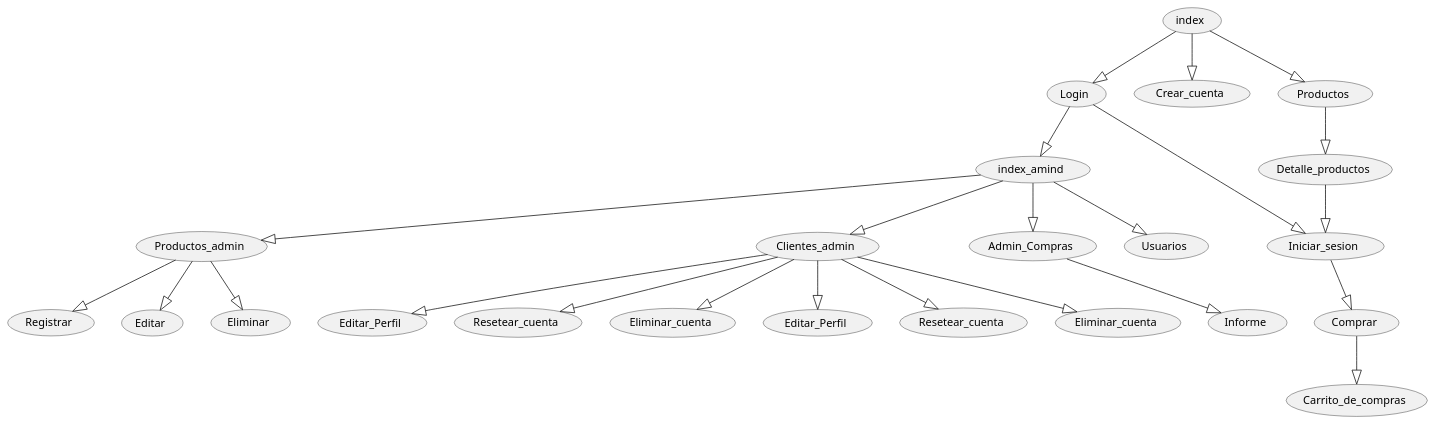
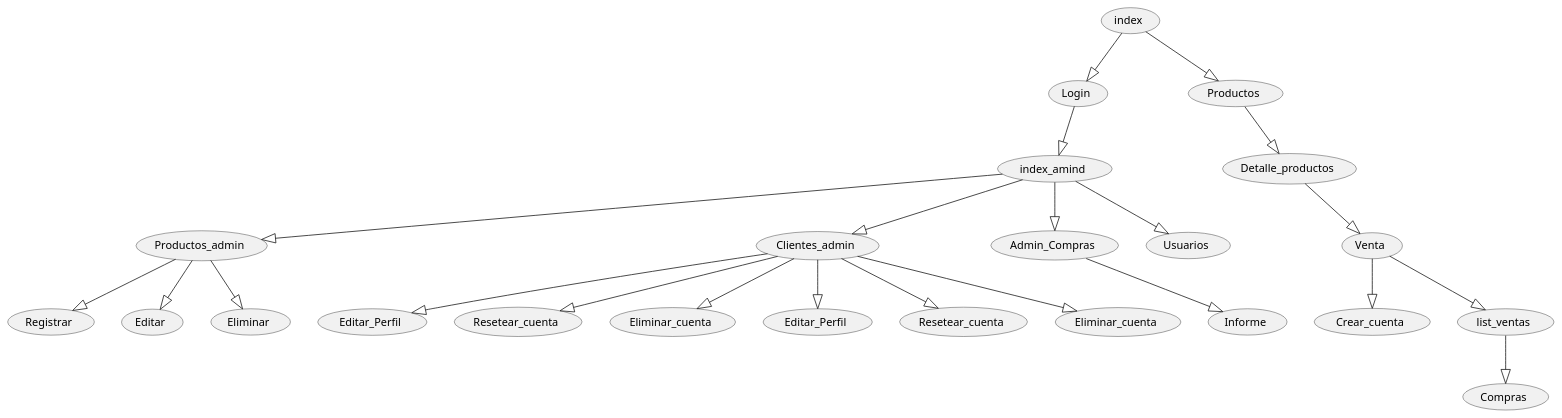
One commit to equipode/Tu_casa_ciclista changed the diagram in Mapasdenavegación/paginas.wsd. Above: the diagram before and after it, drawn with PlantUML. The commit also changed 1 other file, not shown here.

```diff
--- a/Mapasdenavegación/paginas.wsd
+++ b/Mapasdenavegación/paginas.wsd
@@ -1,68 +1,65 @@
 @startuml mapa
 (Login) as (log)
 
 (Crear_cuenta) as (Use)
 
 (Productos) as (prod)
 (Detalle_productos) as (det)
+ (Venta) as (vent) 
+(list_ventas) as (list_vent) 
 
-(Comprar) as (car)
-(Carrito_de_compras) as (carr_c)
+(Compras) as (car)
 
 (index_amind) as (log1)
-(Iniciar_sesion) as (log2)
-
 
 (index) --|> (log)
-(index) --|> (Use)
 (index) --|> (prod)
 
 (log) --|> (log1)
-(log) --|> (log2)
 
 (prod) --|> (det)
-(det) --|> (log2)
-
-(log2) --|> (car)
-(car) --|> (carr_c)
+(det) --|> (vent)
+(vent) --|> (Use)
+(vent) --|> (list_vent)
+(list_vent) --|> (car)  
 
 (Productos_admin) as (prod_admin)
 (Registrar) as (regisp)
 (Editar) as (editp)
 (Eliminar) as (elip)
 
 (Clientes_admin) as (cli_admin)
 (Editar_Perfil) as (editc)
 (Resetear_cuenta) as (resetc)
 (Eliminar_cuenta) as (elic)
 
 (Admin_Compras) as (comp_admin)
 (Informe) as (infor)
 
 (Usuarios) as (user)
 (Editar_Perfil) as (editu)
 (Resetear_cuenta) as (resetu)
 (Eliminar_cuenta) as (eliu)
 
 (log1) --|> (prod_admin)
 (prod_admin) --|> (regisp)
 (prod_admin) --|> (editp)
 (prod_admin) --|> (elip)
 
 
 (log1) --|> (cli_admin)
 (cli_admin) --|> (editc)
 (cli_admin) --|> (resetc)
 (cli_admin) --|> (elic)
 
 
 (log1) --|> (comp_admin)
 (comp_admin) --|> (infor)
 
 (log1) --|> (user)
 (cli_admin) --|> (editu)
 (cli_admin) --|> (resetu)
 (cli_admin) --|> (eliu)
 
 
 @enduml
```
